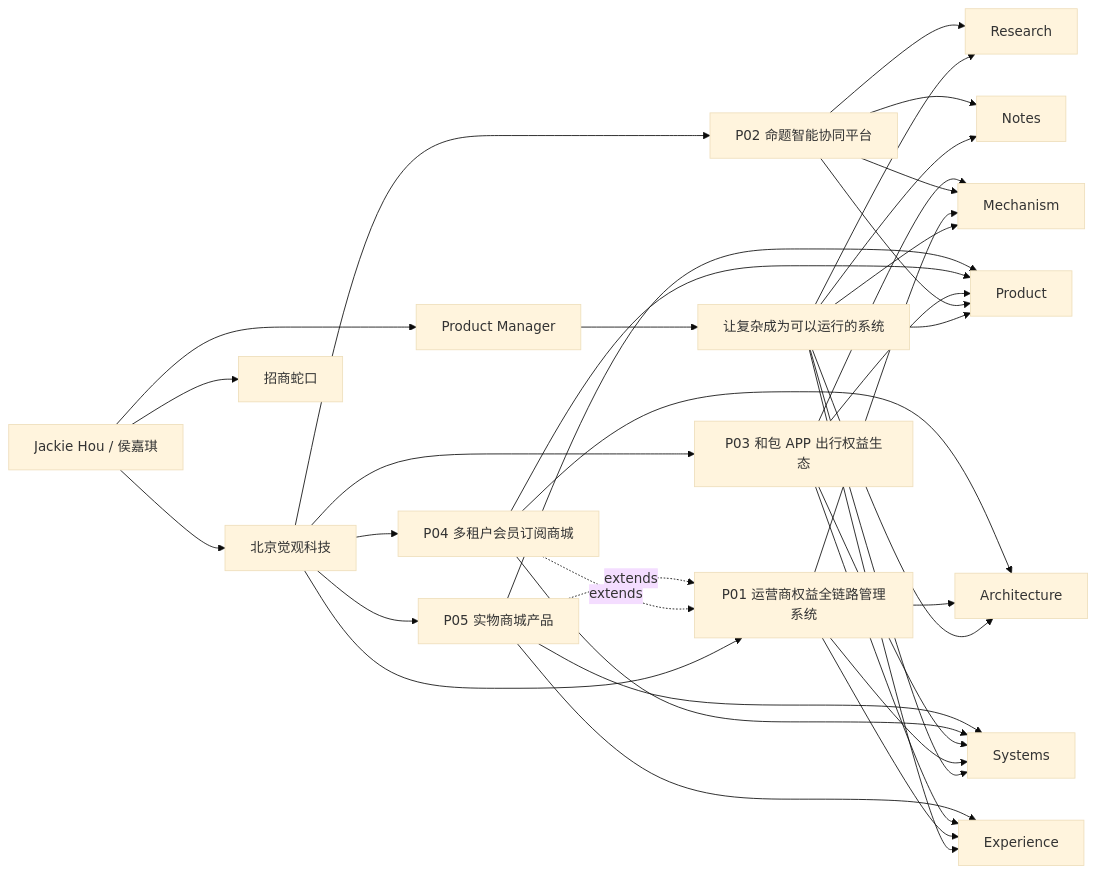
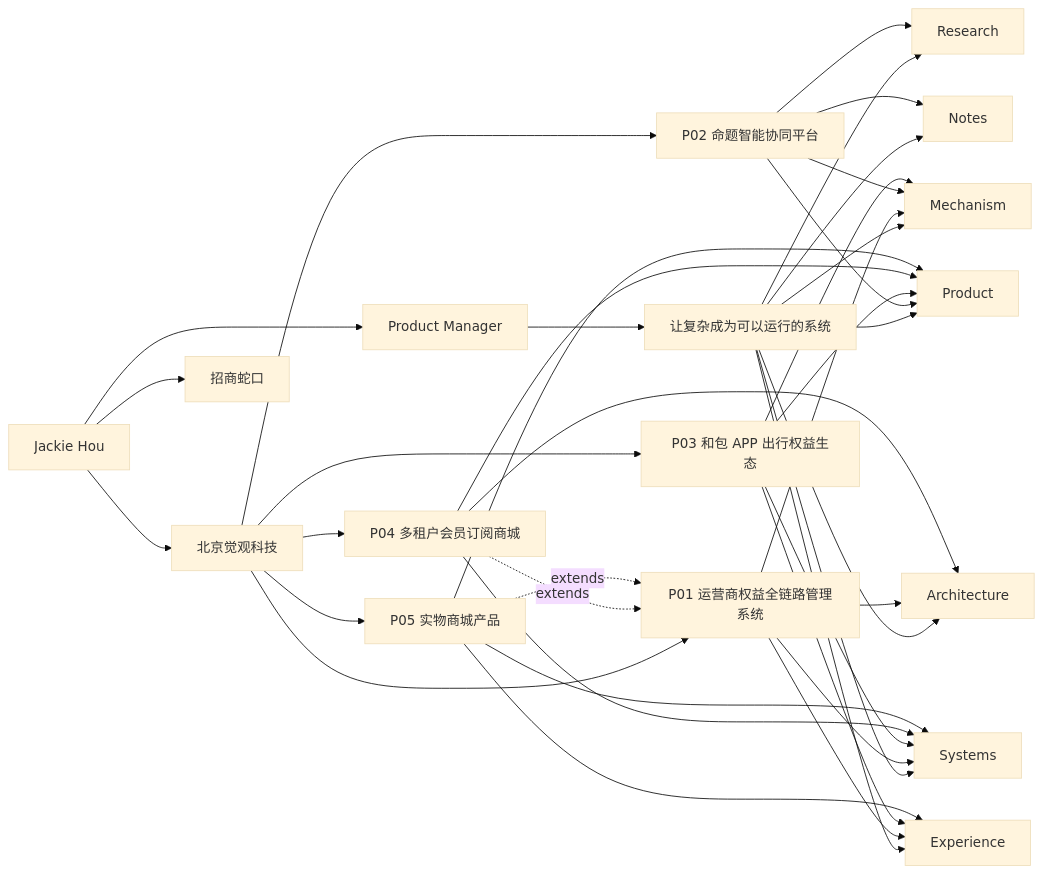
The first of 9 diagrams in docs/PORTFOLIO_LOGIC_NETWORK.md (JackieDDXQ/JackieDDXQ.github.io), drawn with Mermaid (base theme) before and after one commit. The commit also changed 24 other files, not shown here.

````diff
--- a/docs/PORTFOLIO_LOGIC_NETWORK.md
+++ b/docs/PORTFOLIO_LOGIC_NETWORK.md
@@ -31,48 +31,48 @@
 ```mermaid
 flowchart LR
-    JH["Jackie Hou / 侯嘉琪"] --> ROLE["Product Manager"]
+    JH["Jackie Hou"] --> ROLE["Product Manager"]
     ROLE --> THESIS["让复杂成为可以运行的系统"]
 
     THESIS --> PRODUCT["Product"]
     THESIS --> SYSTEMS["Systems"]
     THESIS --> MECHANISM["Mechanism"]
     THESIS --> EXPERIENCE["Experience"]
     THESIS --> RESEARCH["Research"]
     THESIS --> ARCHITECTURE["Architecture"]
     THESIS --> NOTES["Notes"]
 
     JH --> JUEGUAN["北京觉观科技"]
     JH --> CMSK["招商蛇口"]
 
     JUEGUAN --> P1["P01 运营商权益全链路管理系统"]
     JUEGUAN --> P2["P02 命题智能协同平台"]
     JUEGUAN --> P3["P03 和包 APP 出行权益生态"]
     JUEGUAN --> P4["P04 多租户会员订阅商城"]
     JUEGUAN --> P5["P05 实物商城产品"]
 
     P1 --> SYSTEMS
     P1 --> ARCHITECTURE
     P1 --> MECHANISM
     P1 --> EXPERIENCE
 
     P2 --> PRODUCT
     P2 --> MECHANISM
     P2 --> RESEARCH
     P2 --> NOTES
 
     P3 --> PRODUCT
     P3 --> SYSTEMS
     P3 --> MECHANISM
     P3 --> EXPERIENCE
 
     P4 --> PRODUCT
     P4 --> SYSTEMS
     P4 --> ARCHITECTURE
 
     P5 --> PRODUCT
     P5 --> SYSTEMS
     P5 --> EXPERIENCE
 
     P4 -. "extends" .-> P1
     P5 -. "extends" .-> P1
 ```
````
